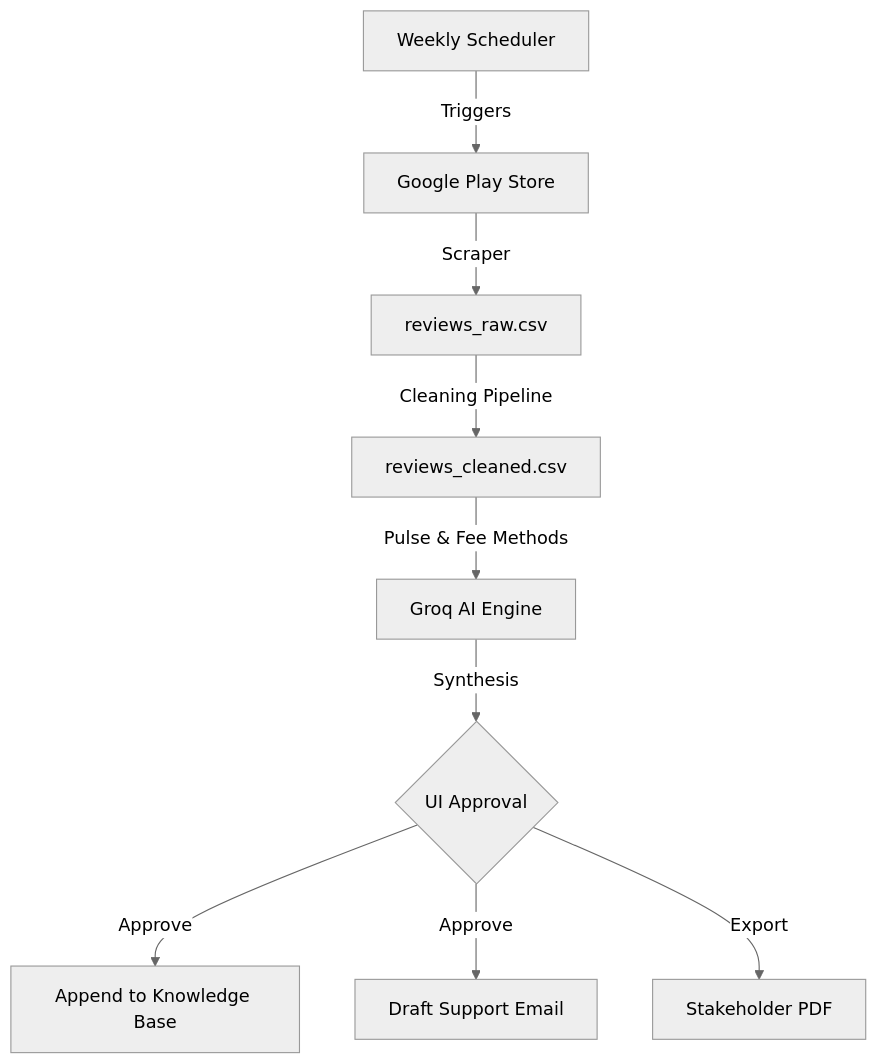
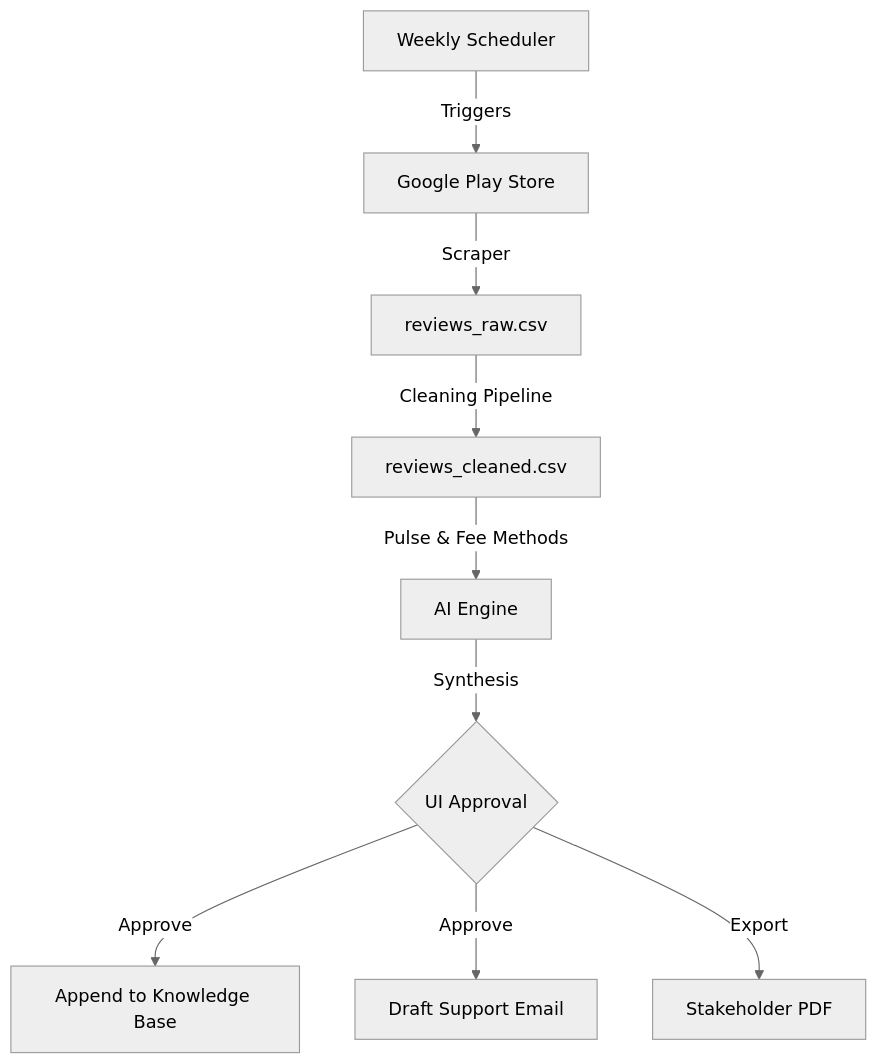
Before and after one commit to aartipm2025-max/INDMONEY-WEEKLYREVIEW: the diagram in ARCHITECTURE.md, drawn with Mermaid (neutral theme). The commit also changed other lines of this file and 1 other file, not shown here.

Commit message:
docs/ui: remove all brand specific mentions of AI engine for neutral presentation

````diff
--- a/ARCHITECTURE.md
+++ b/ARCHITECTURE.md
@@ -59,15 +59,15 @@
 ```mermaid
 graph TD
     A[Google Play Store] -- "Scraper" --> B[reviews_raw.csv]
     B -- "Cleaning Pipeline" --> C[reviews_cleaned.csv]
     
-    C -- "Pulse & Fee Methods" --> D[Groq AI Engine]
+    C -- "Pulse & Fee Methods" --> D[AI Engine]
     
     D -- "Synthesis" --> F{UI Approval}
     
     F -- "Approve" --> G[Append to Knowledge Base]
     F -- "Approve" --> H[Draft Support Email]
     F -- "Export" --> I[Stakeholder PDF]
     
     J[Weekly Scheduler] -- "Triggers" --> A
 ```
````
